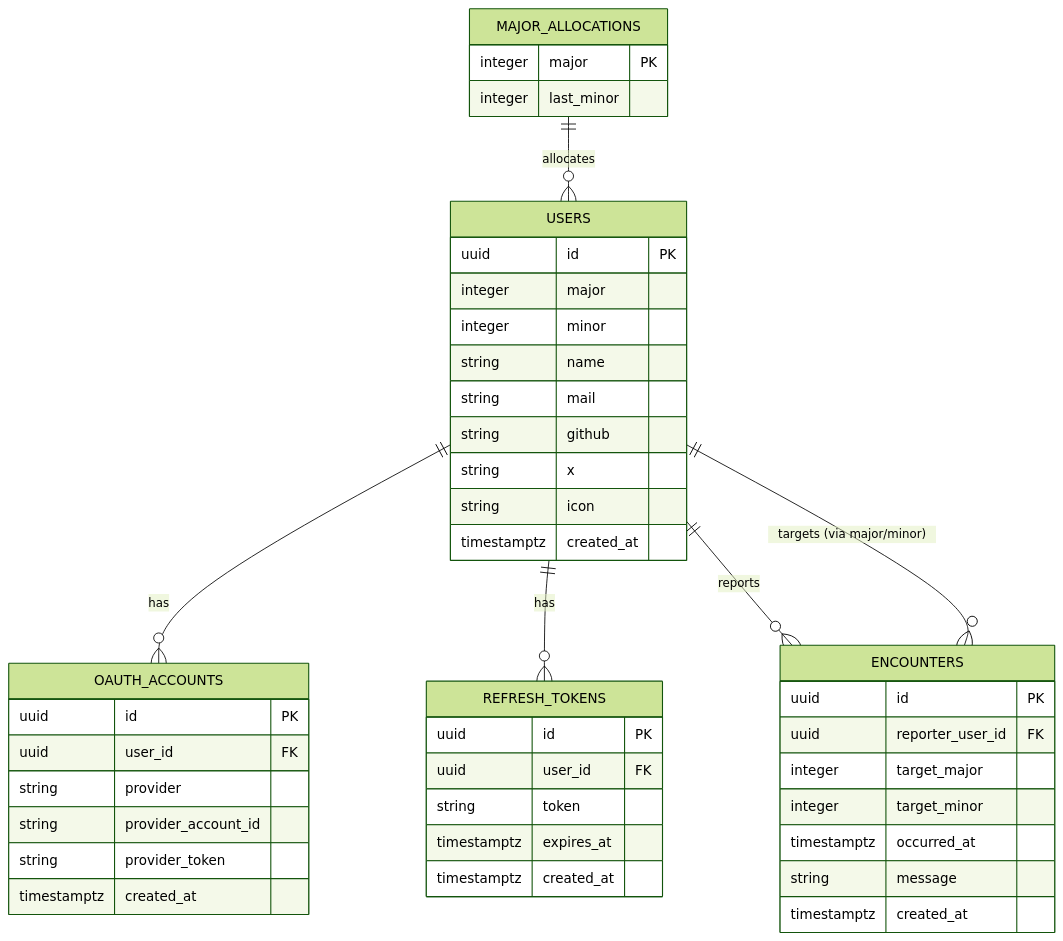
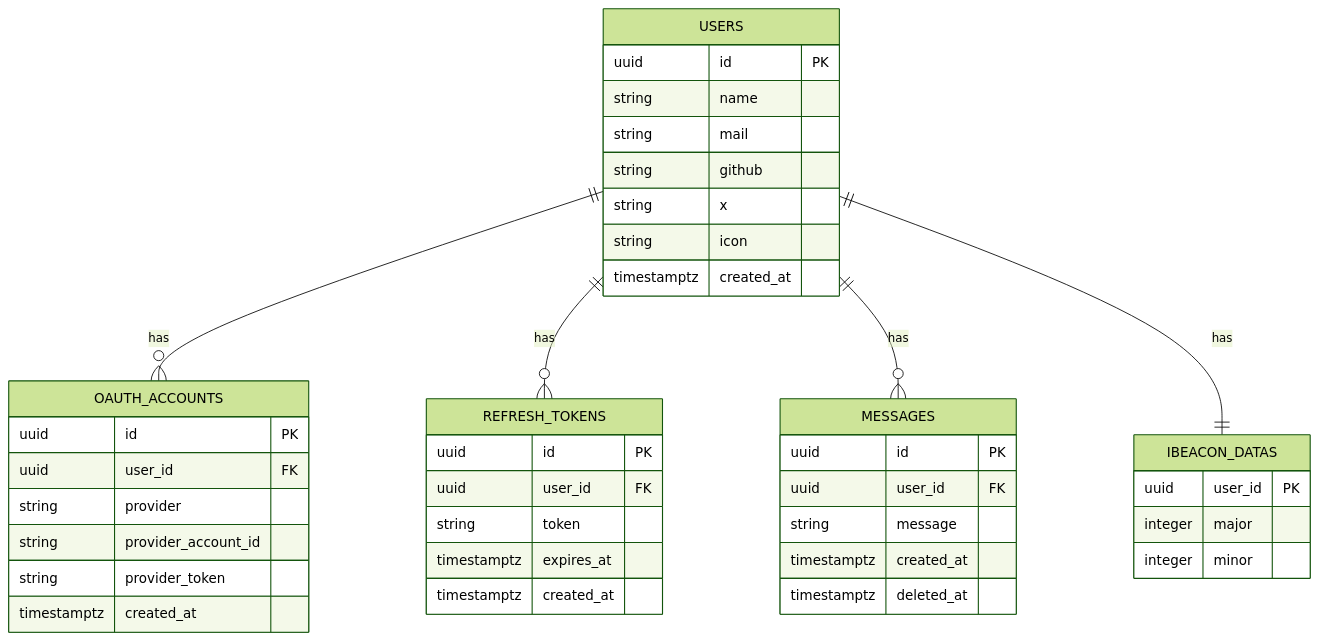
One commit to oldsheeep3/ichie-api changed the diagram in docs/diagrams/er.mmd. Above: the diagram before and after it, drawn with Mermaid (forest theme). The commit also changed 47 other files, not shown here.

```diff
--- a/docs/diagrams/er.mmd
+++ b/docs/diagrams/er.mmd
@@ -1,51 +1,49 @@
 %% Mermaid ER diagram for Surechigai DB
 %% Save as docs/diagrams/er.mmd
 
 erDiagram
   USERS {
     uuid id PK
-    integer major
-    integer minor
     string name
     string mail
     string github
     string x
     string icon
     timestamptz created_at
   }
   OAUTH_ACCOUNTS {
     uuid id PK
     uuid user_id FK
     string provider
     string provider_account_id
     string provider_token
     timestamptz created_at
   }
+  %% UNIQUE: (provider, provider_account_id)
   REFRESH_TOKENS {
     uuid id PK
     uuid user_id FK
     string token
     timestamptz expires_at
     timestamptz created_at
   }
-  MAJOR_ALLOCATIONS {
-    integer major PK
-    integer last_minor
+  IBEACON_DATAS {
+    %% one-to-one with USERS: use user_id as primary key to enforce one record per user
+    uuid user_id PK
+    integer major
+    integer minor
+    %% FK to USERS.id
+    %% UNIQUE: (major, minor) enforced in DDL to make (major,minor) identify a single user
   }
-  ENCOUNTERS {
+  MESSAGES {
     uuid id PK
-    uuid reporter_user_id FK
-    integer target_major
-    integer target_minor
-    timestamptz occurred_at
+    uuid user_id FK
     string message
     timestamptz created_at
+    timestamptz deleted_at
   }
 
   USERS ||--o{ OAUTH_ACCOUNTS : "has"
   USERS ||--o{ REFRESH_TOKENS : "has"
-  USERS ||--o{ ENCOUNTERS : "reports"
-  MAJOR_ALLOCATIONS ||--o{ USERS : "allocates"
-
-  %% Note: relation between ENCOUNTERS target_major/target_minor and USERS(major,minor) is a logical mapping (not enforced by FK)
-  ENCOUNTERS }o--|| USERS : "targets (via major/minor)"
+  USERS ||--o{ MESSAGES : "has"
+  USERS ||--|| IBEACON_DATAS : "has"
```
